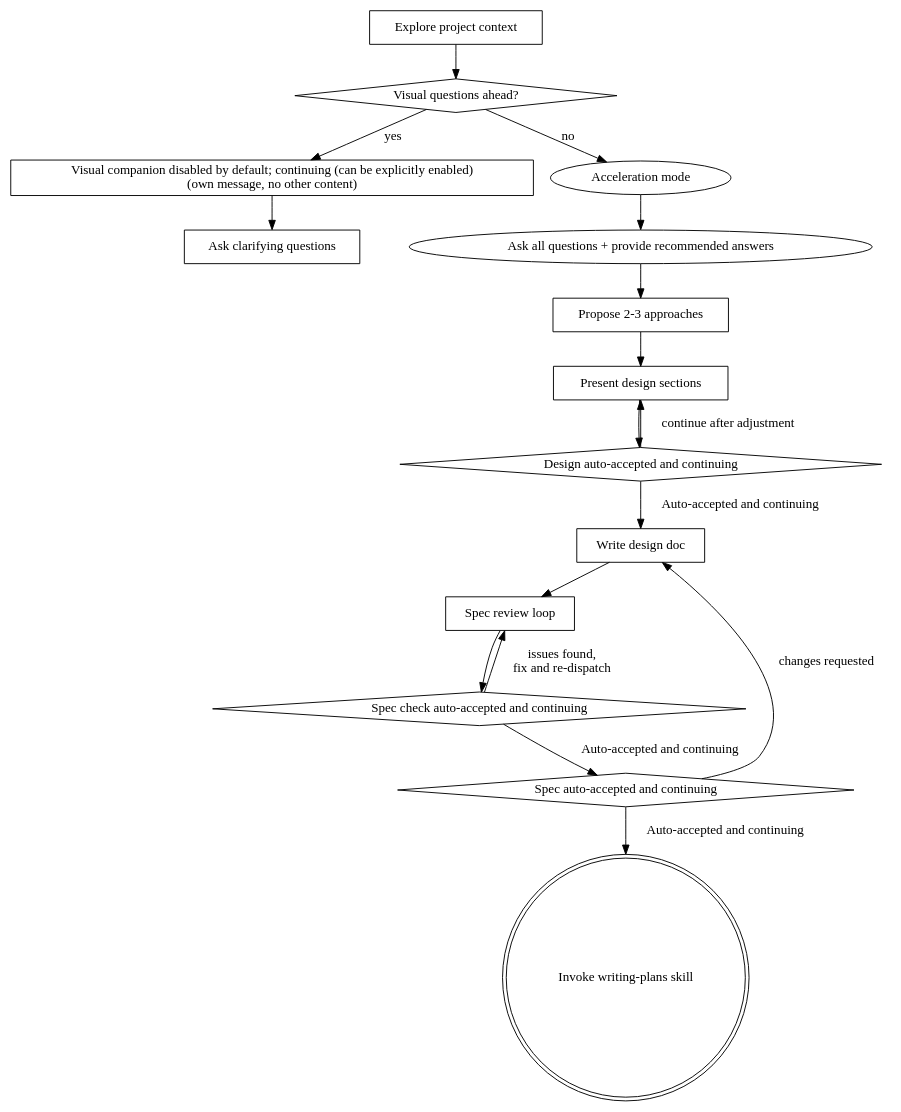
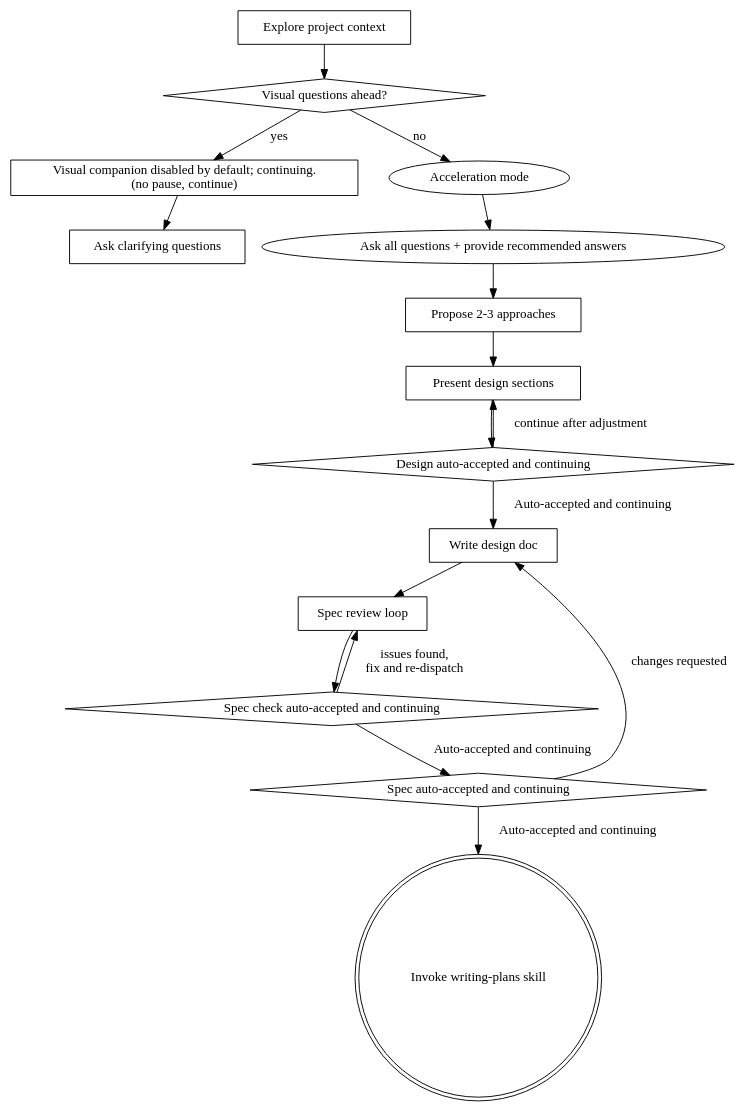
One commit to ShakaRover/superpowers changed the diagram in skills/brainstorming/SKILL.md. Above: the diagram before and after it, drawn with Graphviz. The commit also changed other lines of this file, not shown here.

Commit message:
chore: remove visual companion pause

````diff
--- a/skills/brainstorming/SKILL.md
+++ b/skills/brainstorming/SKILL.md
@@ -55,33 +55,33 @@
 ```dot
 digraph brainstorming {
     "Explore project context" [shape=box];
     "Visual questions ahead?" [shape=diamond];
-    "Visual companion disabled by default; continuing (can be explicitly enabled)\n(own message, no other content)" [shape=box];
+    "Visual companion disabled by default; continuing.\n(no pause, continue)" [shape=box];
     "Ask clarifying questions" [shape=box];
     "Propose 2-3 approaches" [shape=box];
     "Present design sections" [shape=box];
     "Design auto-accepted and continuing" [shape=diamond];
     "Write design doc" [shape=box];
     "Spec review loop" [shape=box];
     "Spec check auto-accepted and continuing" [shape=diamond];
     "Spec auto-accepted and continuing" [shape=diamond];
     "Invoke writing-plans skill" [shape=doublecircle];
 
     "Explore project context" -> "Visual questions ahead?";
-    "Visual questions ahead?" -> "Visual companion disabled by default; continuing (can be explicitly enabled)\n(own message, no other content)" [label="yes"];
+    "Visual questions ahead?" -> "Visual companion disabled by default; continuing.\n(no pause, continue)" [label="yes"];
     "Visual questions ahead?" -> "Acceleration mode" [label="no"];
-    "Visual companion disabled by default; continuing (can be explicitly enabled)\n(own message, no other content)" -> "Ask clarifying questions";
+    "Visual companion disabled by default; continuing.\n(no pause, continue)" -> "Ask clarifying questions";
     "Acceleration mode" -> "Ask all questions + provide recommended answers";
     "Ask all questions + provide recommended answers" -> "Propose 2-3 approaches";
     "Propose 2-3 approaches" -> "Present design sections";
     "Present design sections" -> "Design auto-accepted and continuing";
     "Design auto-accepted and continuing" -> "Present design sections" [label="continue after adjustment"];
     "Design auto-accepted and continuing" -> "Write design doc" [label="Auto-accepted and continuing"];
     "Write design doc" -> "Spec review loop";
     "Spec review loop" -> "Spec check auto-accepted and continuing";
     "Spec check auto-accepted and continuing" -> "Spec review loop" [label="issues found,\nfix and re-dispatch"];
     "Spec check auto-accepted and continuing" -> "Spec auto-accepted and continuing" [label="Auto-accepted and continuing"];
     "Spec auto-accepted and continuing" -> "Write design doc" [label="changes requested"];
     "Spec auto-accepted and continuing" -> "Invoke writing-plans skill" [label="Auto-accepted and continuing"];
 }
 ```
````
